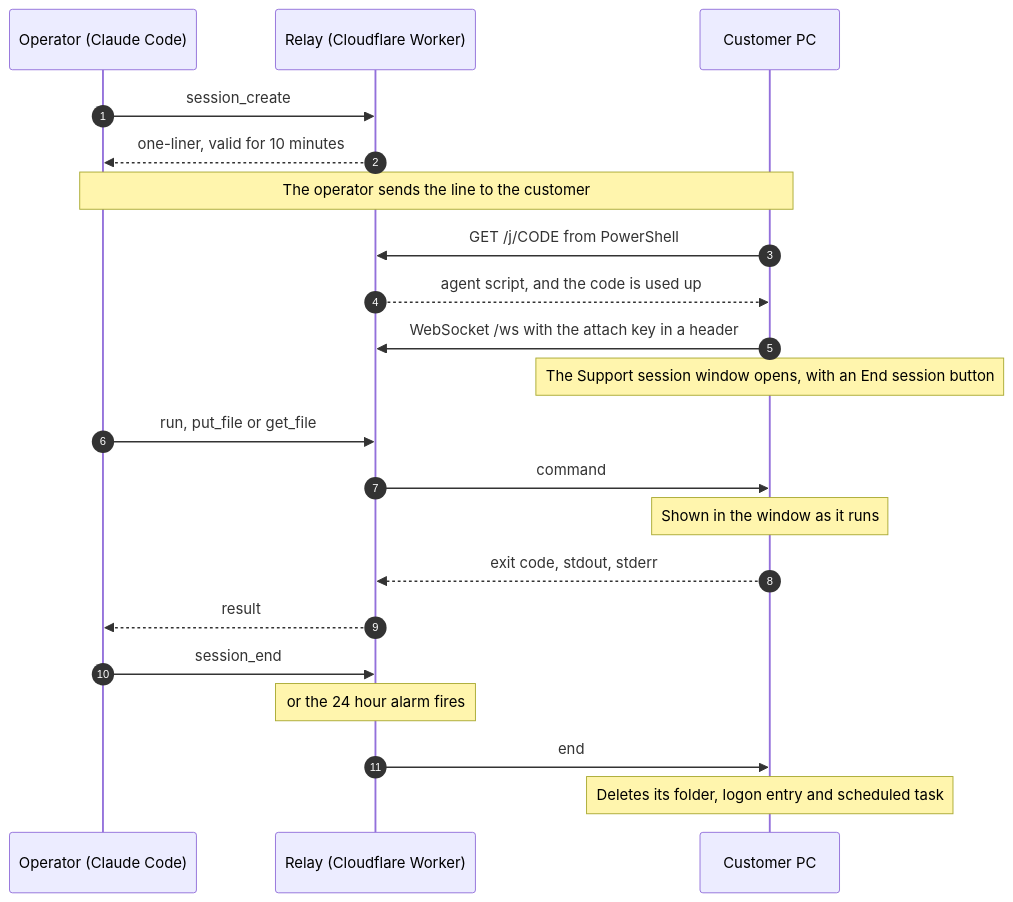
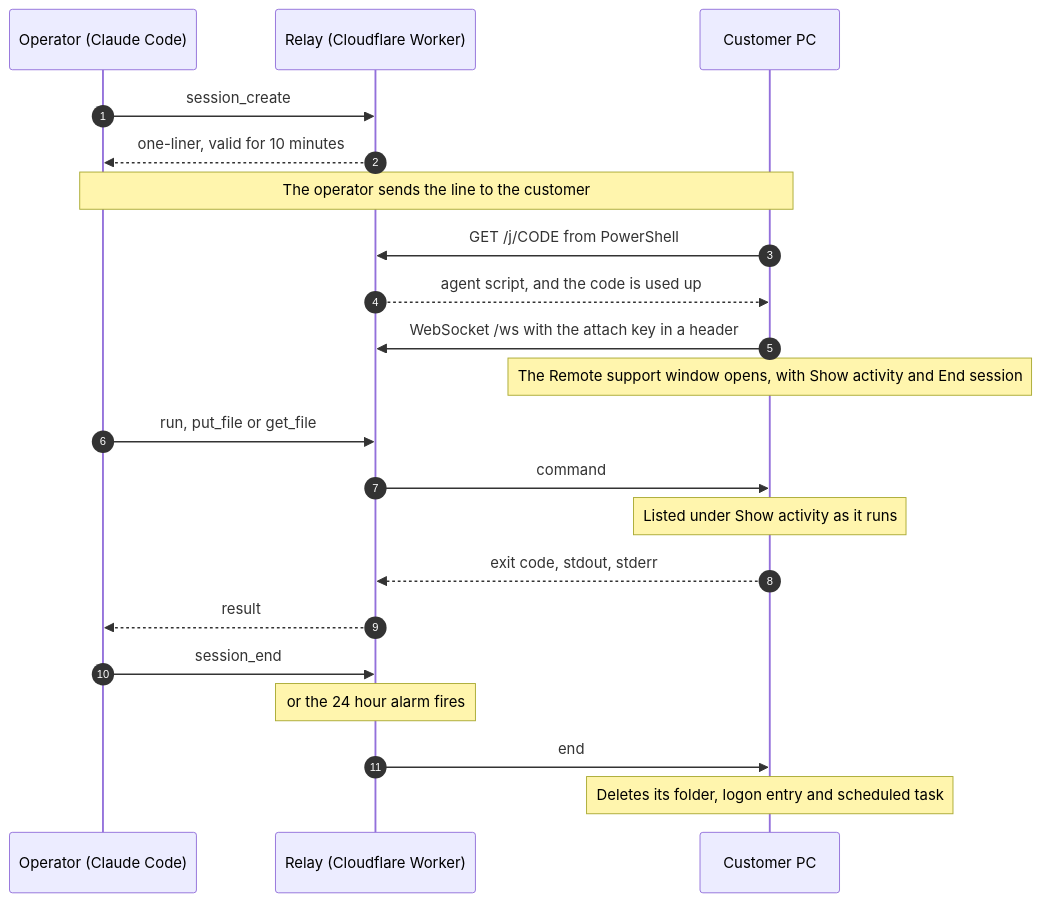
The first of 2 diagrams in README.md (SUKARDADDY/Support-MCP), drawn with Mermaid before and after one commit. The commit also changed other lines of this file and 3 other files, not shown here.

First line of the commit message:
Show a connected notice instead of the command log window

````diff
--- a/README.md
+++ b/README.md
@@ -60,23 +62,23 @@
 ```mermaid
 sequenceDiagram
   autonumber
   participant Op as Operator (Claude Code)
   participant W as Relay (Cloudflare Worker)
   participant PC as Customer PC
   Op->>W: session_create
   W-->>Op: one-liner, valid for 10 minutes
   Note over Op,PC: The operator sends the line to the customer
   PC->>W: GET /j/CODE from PowerShell
   W-->>PC: agent script, and the code is used up
   PC->>W: WebSocket /ws with the attach key in a header
-  Note over PC: The Support session window opens, with an End session button
+  Note over PC: The Remote support window opens, with Show activity and End session
   Op->>W: run, put_file or get_file
   W->>PC: command
-  Note over PC: Shown in the window as it runs
+  Note over PC: Listed under Show activity as it runs
   PC-->>W: exit code, stdout, stderr
   W-->>Op: result
   Op->>W: session_end
   Note over W: or the 24 hour alarm fires
   W->>PC: end
   Note over PC: Deletes its folder, logon entry and scheduled task
 ```
````
